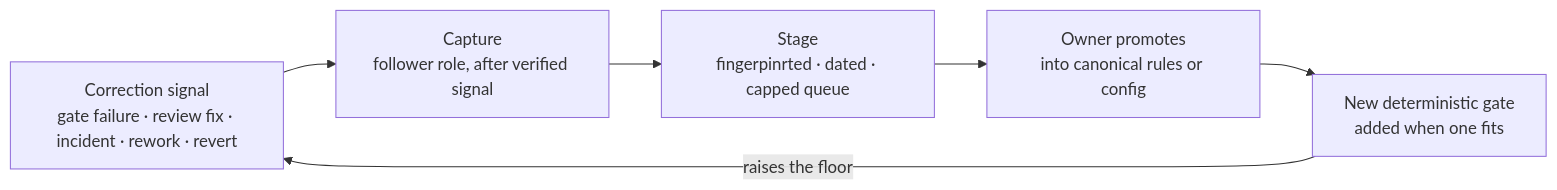
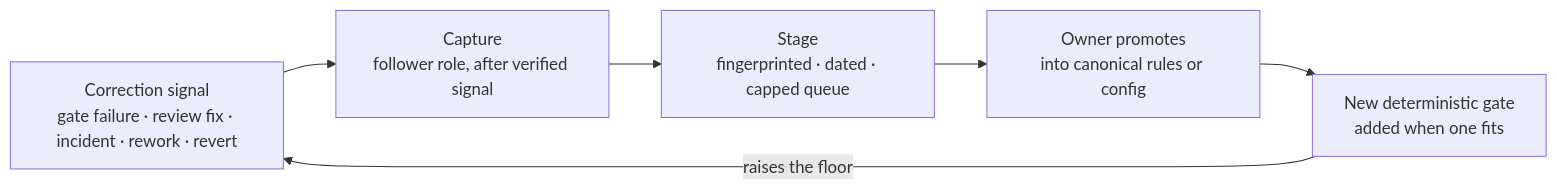
One commit to enumind/modonome changed the third of 3 diagrams in docs/specs/governed-autonomy-spec.md. Above: the diagram before and after it, drawn with Mermaid. The commit also changed other lines of this file and 36 other files, not shown here.

````diff
--- a/docs/specs/governed-autonomy-spec.md
+++ b/docs/specs/governed-autonomy-spec.md
@@ -329,11 +337,11 @@
 ```mermaid
 flowchart LR
-  Signal["Correction signal\ngate failure · review fix · incident · rework · revert"]
-  Capture["Capture\nfollower role, after verified signal"]
-  Stage["Stage\nfingerpinrted · dated · capped queue"]
-  Promote["Owner promotes\ninto canonical rules or config"]
-  Gate["New deterministic gate\nadded when one fits"]
+  Signal["Correction signal<br/>gate failure · review fix · incident · rework · revert"]
+  Capture["Capture<br/>follower role, after verified signal"]
+  Stage["Stage<br/>fingerprinted · dated · capped queue"]
+  Promote["Owner promotes<br/>into canonical rules or config"]
+  Gate["New deterministic gate<br/>added when one fits"]
 
   Signal --> Capture --> Stage --> Promote --> Gate
   Gate -->|"raises the floor"| Signal
 ```
````
